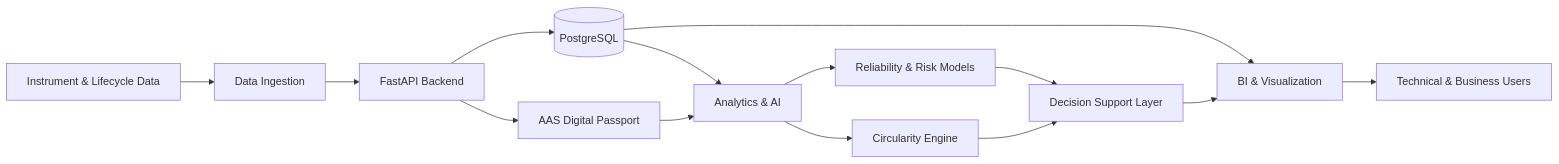
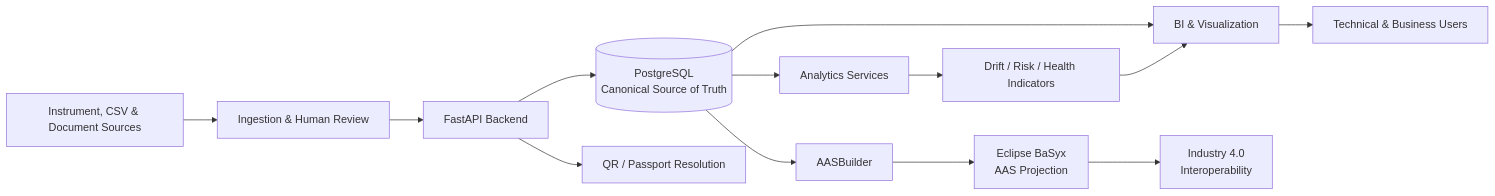
One commit to projects-i40-ap/passporttwin changed the diagram in README.md. Above: the diagram before and after it, drawn with Mermaid. The commit also changed other lines of this file, not shown here.

Commit message:
docs: update README for AAS MVP and AI-assisted workflow

````diff
--- a/README.md
+++ b/README.md
@@ -51,25 +54,24 @@
 ```mermaid
 flowchart LR
 
-    Sources[Instrument & Lifecycle Data]
-        --> Ingestion[Data Ingestion]
+    Sources[Instrument, CSV & Document Sources]
+        --> Ingestion[Ingestion & Human Review]
 
     Ingestion --> Backend[FastAPI Backend]
 
-    Backend --> DB[(PostgreSQL)]
-    Backend --> AAS[AAS Digital Passport]
+    Backend --> DB[(PostgreSQL<br/>Canonical Source of Truth)]
 
-    DB --> Analytics[Analytics & AI]
-    AAS --> Analytics
+    DB --> AASBuilder[AASBuilder]
+    AASBuilder --> BaSyx[Eclipse BaSyx<br/>AAS Projection]
 
-    Analytics --> Risk[Reliability & Risk Models]
-    Analytics --> Circularity[Circularity Engine]
+    DB --> Analytics[Analytics Services]
+    Analytics --> Risk[Drift / Risk / Health Indicators]
 
-    Risk --> Decision[Decision Support Layer]
-    Circularity --> Decision
+    Backend --> QR[QR / Passport Resolution]
 
     DB --> BI[BI & Visualization]
-    Decision --> BI
+    Risk --> BI
 
+    BaSyx --> Interop[Industry 4.0<br/>Interoperability]
     BI --> Users[Technical & Business Users]
 ```
````
